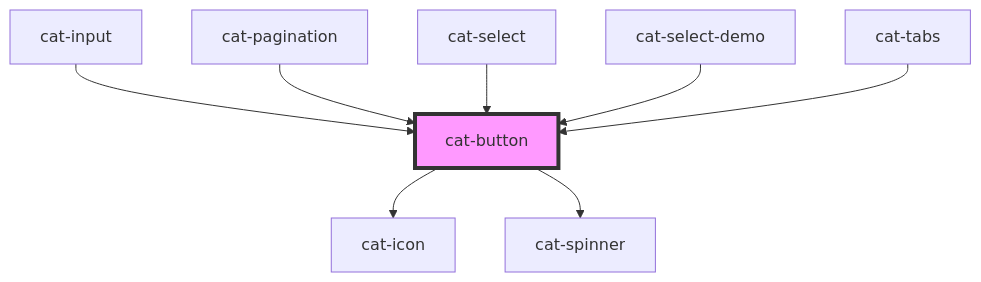
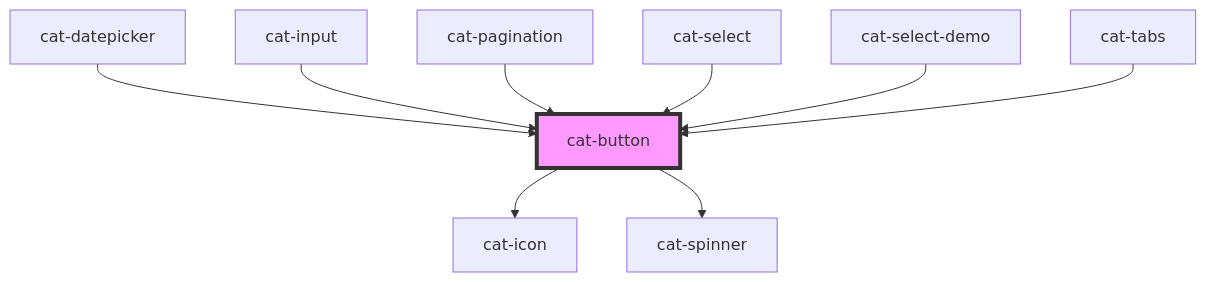
Before and after one commit to haiilo/catalyst: the diagram in core/src/components/cat-button/readme.md, drawn with Mermaid. The commit also changed other lines of this file and 18 other files, not shown here.

Commit message:
feat(core): cat-datepicker first iteration

````diff
--- a/core/src/components/cat-button/readme.md
+++ b/core/src/components/cat-button/readme.md
@@ -109,11 +110,12 @@
 ```mermaid
 graph TD;
   cat-button --> cat-icon
   cat-button --> cat-spinner
+  cat-datepicker --> cat-button
   cat-input --> cat-button
   cat-pagination --> cat-button
   cat-select --> cat-button
   cat-select-demo --> cat-button
   cat-tabs --> cat-button
   style cat-button fill:#f9f,stroke:#333,stroke-width:4px
 ```
````
